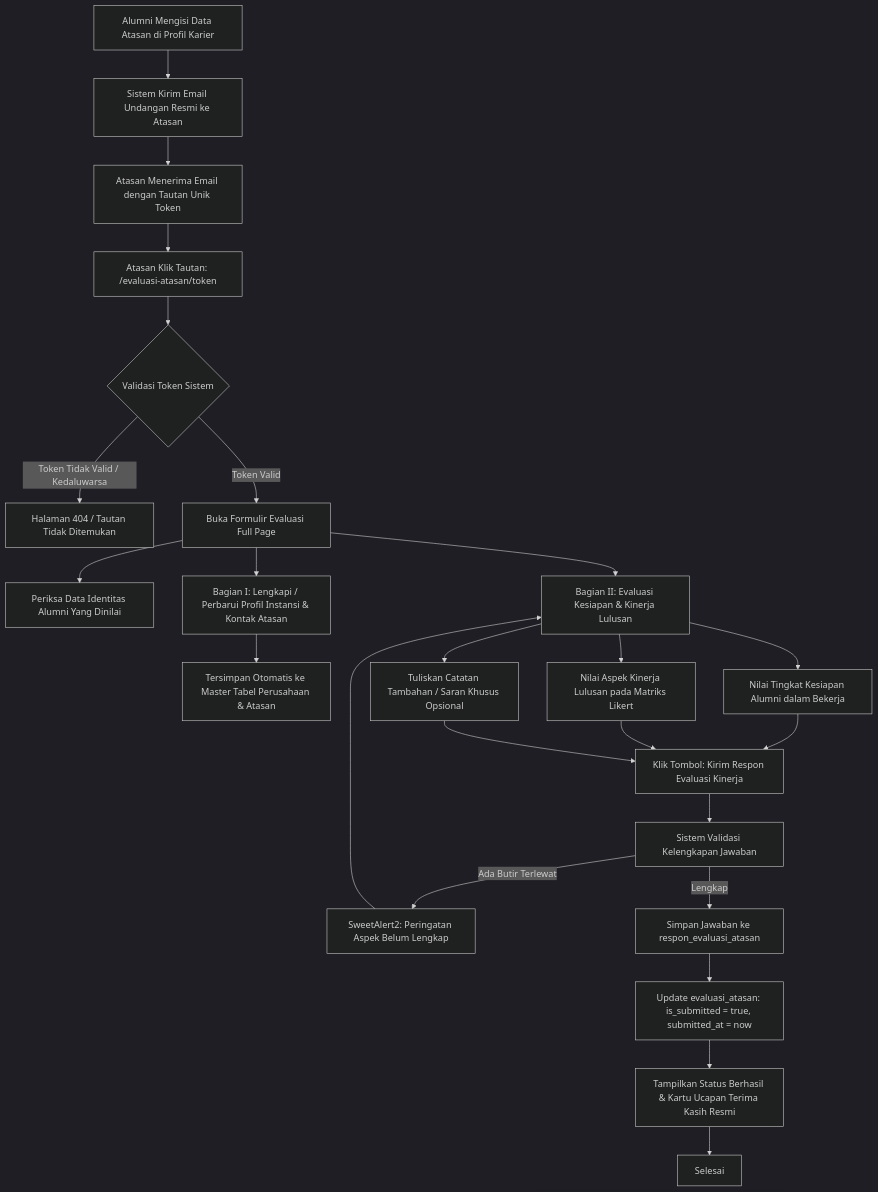
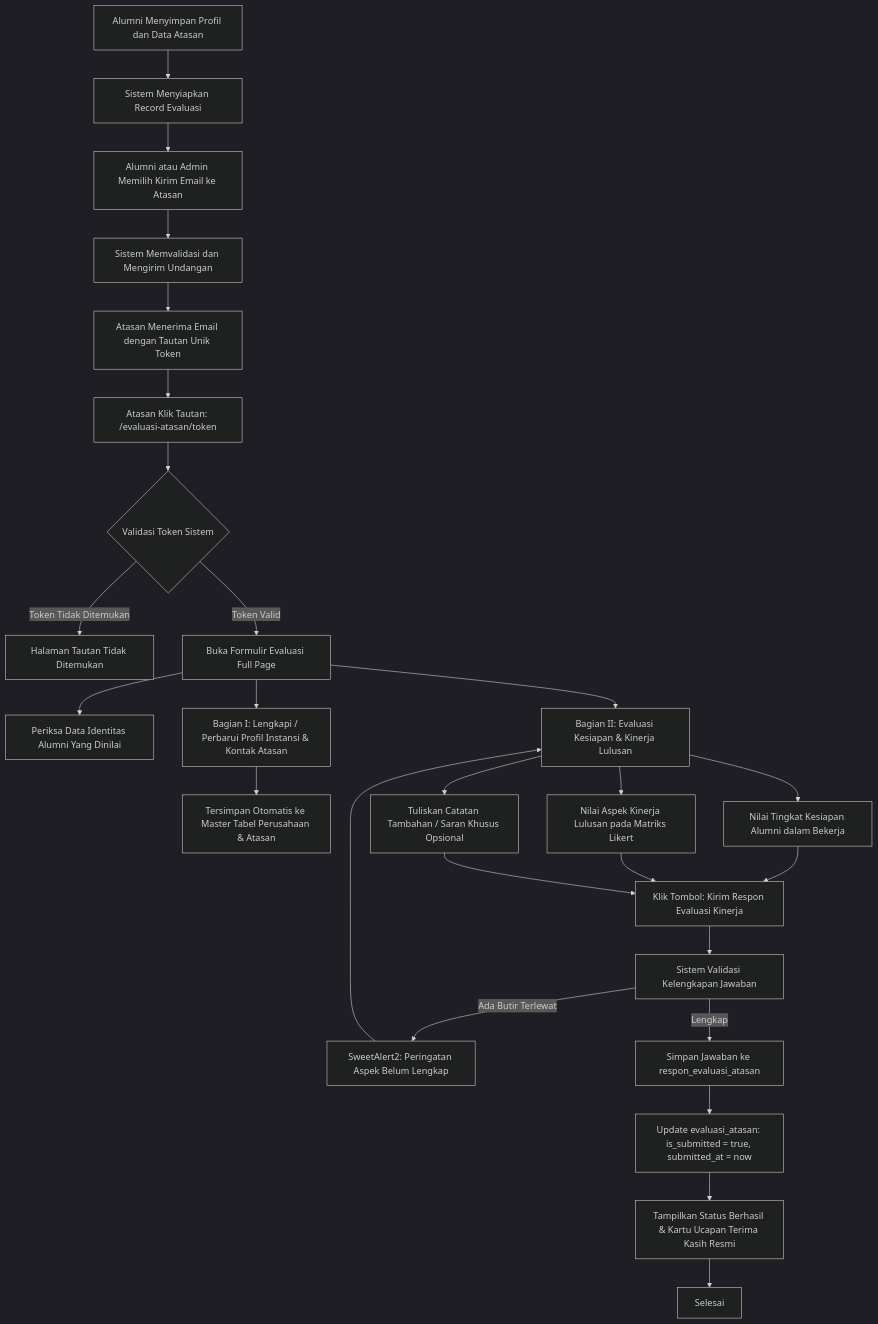
One commit to claraanjelitakd/tracer-ta changed the seventh of 7 diagrams in docs/user-flow.md. Above: the diagram before and after it, drawn with Mermaid (dark theme). The commit also changed other lines of this file and 54 other files, not shown here.

Commit message:
feat: amankan autentikasi dan sinkronkan data tracer

````diff
--- a/docs/user-flow.md
+++ b/docs/user-flow.md
@@ -428,27 +389,29 @@
 ```mermaid
 flowchart TD
-    A[Alumni Mengisi Data Atasan di Profil Karier] --> B[Sistem Kirim Email Undangan Resmi ke Atasan]
+    A[Alumni Menyimpan Profil dan Data Atasan] --> S[Sistem Menyiapkan Record Evaluasi]
+    S --> T[Alumni atau Admin Memilih Kirim Email ke Atasan]
+    T --> B[Sistem Memvalidasi dan Mengirim Undangan]
     B --> C[Atasan Menerima Email dengan Tautan Unik Token]
     C --> D[Atasan Klik Tautan: /evaluasi-atasan/token]
     D --> E{Validasi Token Sistem}
-    E -->|Token Tidak Valid / Kedaluwarsa| F[Halaman 404 / Tautan Tidak Ditemukan]
+    E -->|Token Tidak Ditemukan| F[Halaman Tautan Tidak Ditemukan]
     E -->|Token Valid| G[Buka Formulir Evaluasi Full Page]
     
     G --> H[Periksa Data Identitas Alumni Yang Dinilai]
     G --> I[Bagian I: Lengkapi / Perbarui Profil Instansi & Kontak Atasan]
     I --> J[Tersimpan Otomatis ke Master Tabel Perusahaan & Atasan]
     
     G --> K[Bagian II: Evaluasi Kesiapan & Kinerja Lulusan]
     K --> K1[Nilai Tingkat Kesiapan Alumni dalam Bekerja]
     K --> K2[Nilai Aspek Kinerja Lulusan pada Matriks Likert]
     K --> K3[Tuliskan Catatan Tambahan / Saran Khusus Opsional]
     
     K1 & K2 & K3 --> L[Klik Tombol: Kirim Respon Evaluasi Kinerja]
     L --> M[Sistem Validasi Kelengkapan Jawaban]
     M -->|Ada Butir Terlewat| N[SweetAlert2: Peringatan Aspek Belum Lengkap]
     N --> K
     M -->|Lengkap| O[Simpan Jawaban ke respon_evaluasi_atasan]
     O --> P[Update evaluasi_atasan: is_submitted = true, submitted_at = now]
     P --> Q[Tampilkan Status Berhasil & Kartu Ucapan Terima Kasih Resmi]
     Q --> R[Selesai]
 ```
````
